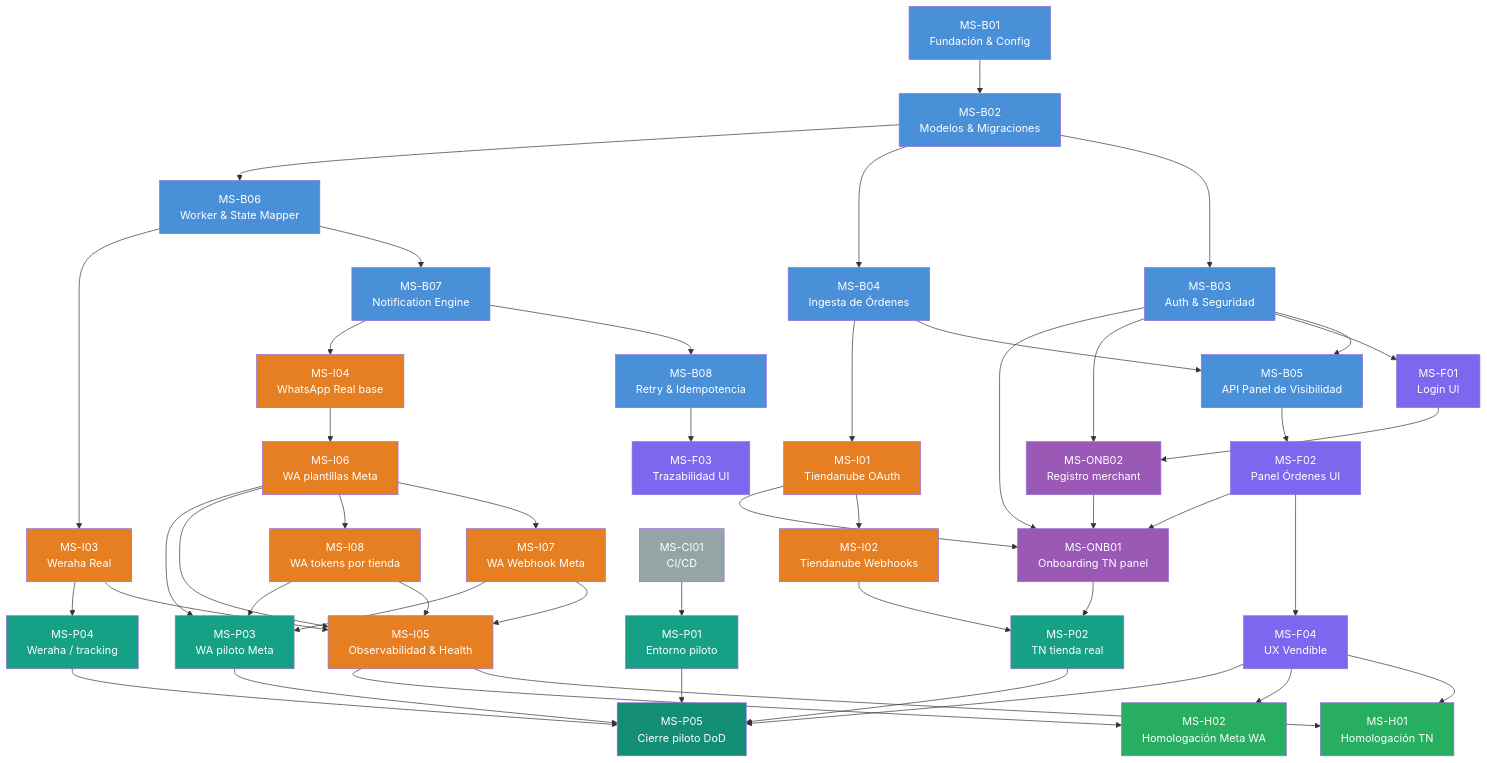
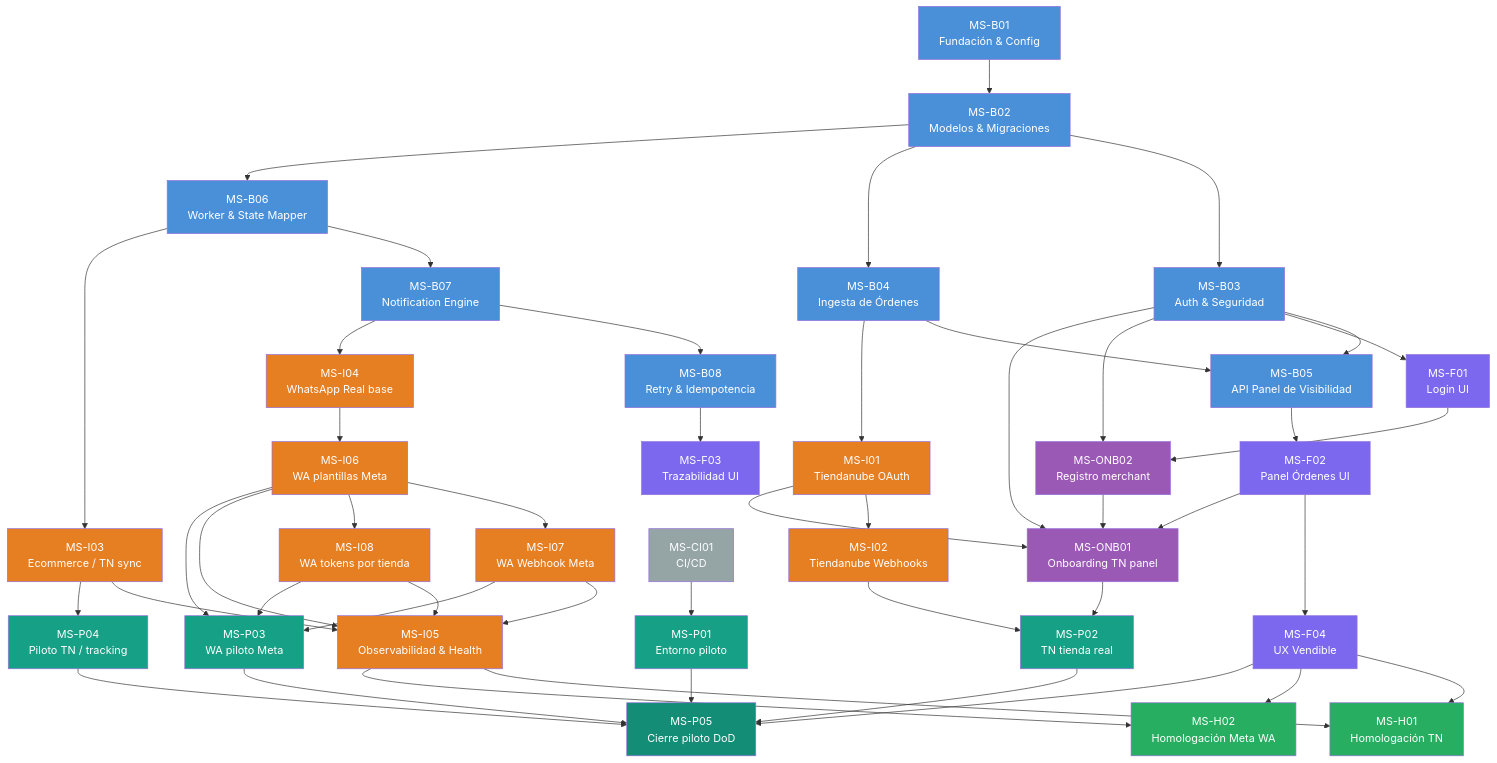
One commit to lbertalot/whatsapp-tracking-assistant changed the diagram in docs/MILESTONES.md. Above: the diagram before and after it, drawn with Mermaid. The commit also changed other lines of this file and 47 other files, not shown here.

First line of the commit message:
feat: ecommerce as source of truth, remove Weraha, unify docs in SPEC.md

```diff
--- a/docs/MILESTONES.md
+++ b/docs/MILESTONES.md
@@ -46,7 +46,7 @@
     F02 --> ONB01
     I01 --> ONB01
     B03 --> ONB01
-    B06 --> I03[MS-I03<br>Weraha Real]
+    B06 --> I03[MS-I03<br>Ecommerce / TN sync]
     B07 --> I04[MS-I04<br>WhatsApp Real base]
     I04 --> I06[MS-I06<br>WA plantillas Meta]
     I06 --> I07[MS-I07<br>WA Webhook Meta]
@@ -67,7 +67,7 @@
     I06 --> P03[MS-P03<br>WA piloto Meta]
     I07 --> P03
     I08 --> P03
-    I03 --> P04[MS-P04<br>Weraha / tracking]
+    I03 --> P04[MS-P04<br>Piloto TN / tracking]
     P01 --> P05[MS-P05<br>Cierre piloto DoD]
     P02 --> P05
     P03 --> P05
```
